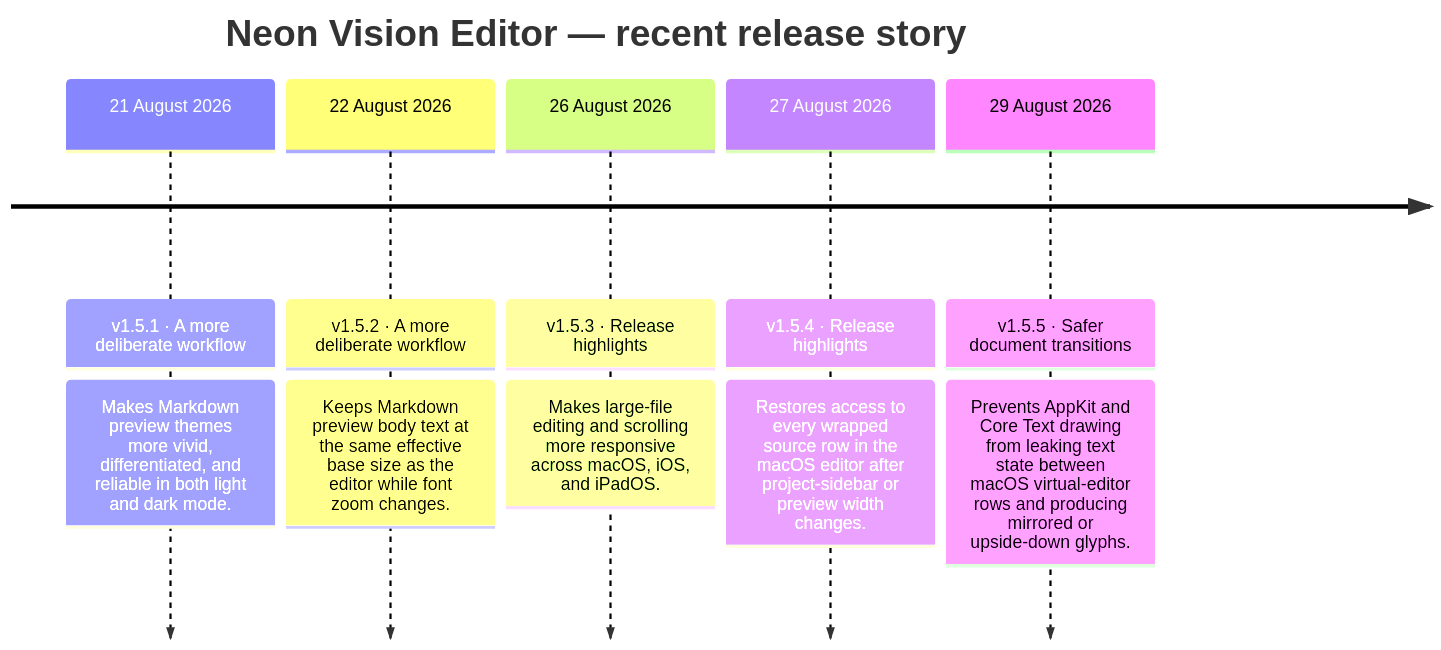
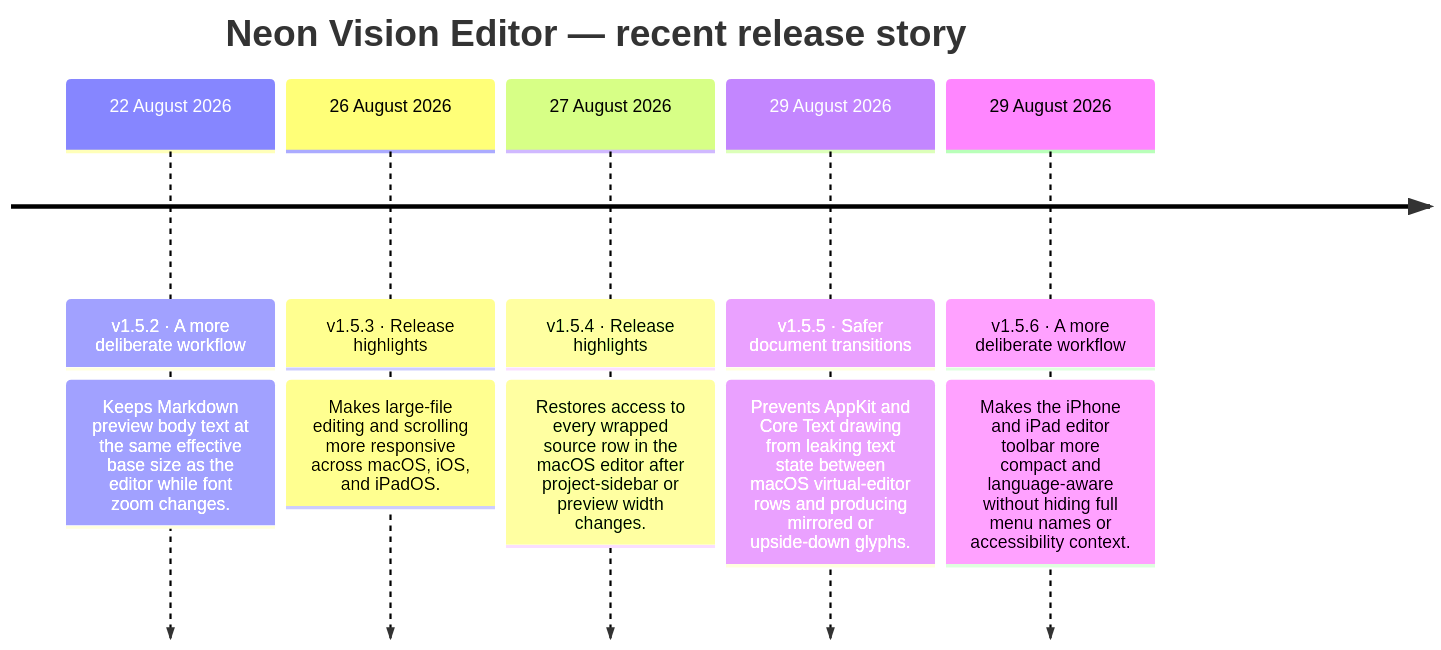
Before and after one commit to h3pdesign/Neon-Vision-Editor: the second of 2 diagrams in README.md, drawn with Mermaid. The commit also changed other lines of this file and 11 other files, not shown here.

````diff
--- a/README.md
+++ b/README.md
@@ -779,14 +780,14 @@
 ```mermaid
 timeline
     title Neon Vision Editor — recent release story
-    21 August 2026 : v1.5.1 · A more deliberate workflow
-                : Makes Markdown preview themes more vivid, differentiated, and reliable in both light and dark mode.
     22 August 2026 : v1.5.2 · A more deliberate workflow
                 : Keeps Markdown preview body text at the same effective base size as the editor while font zoom changes.
     26 August 2026 : v1.5.3 · Release highlights
                 : Makes large-file editing and scrolling more responsive across macOS, iOS, and iPadOS.
     27 August 2026 : v1.5.4 · Release highlights
                 : Restores access to every wrapped source row in the macOS editor after project-sidebar or preview width changes.
     29 August 2026 : v1.5.5 · Safer document transitions
                 : Prevents AppKit and Core Text drawing from leaking text state between macOS virtual-editor rows and producing mirrored or upside-down glyphs.
+    29 August 2026 : v1.5.6 · A more deliberate workflow
+                : Makes the iPhone and iPad editor toolbar more compact and language-aware without hiding full menu names or accessibility context.
 ```
````
